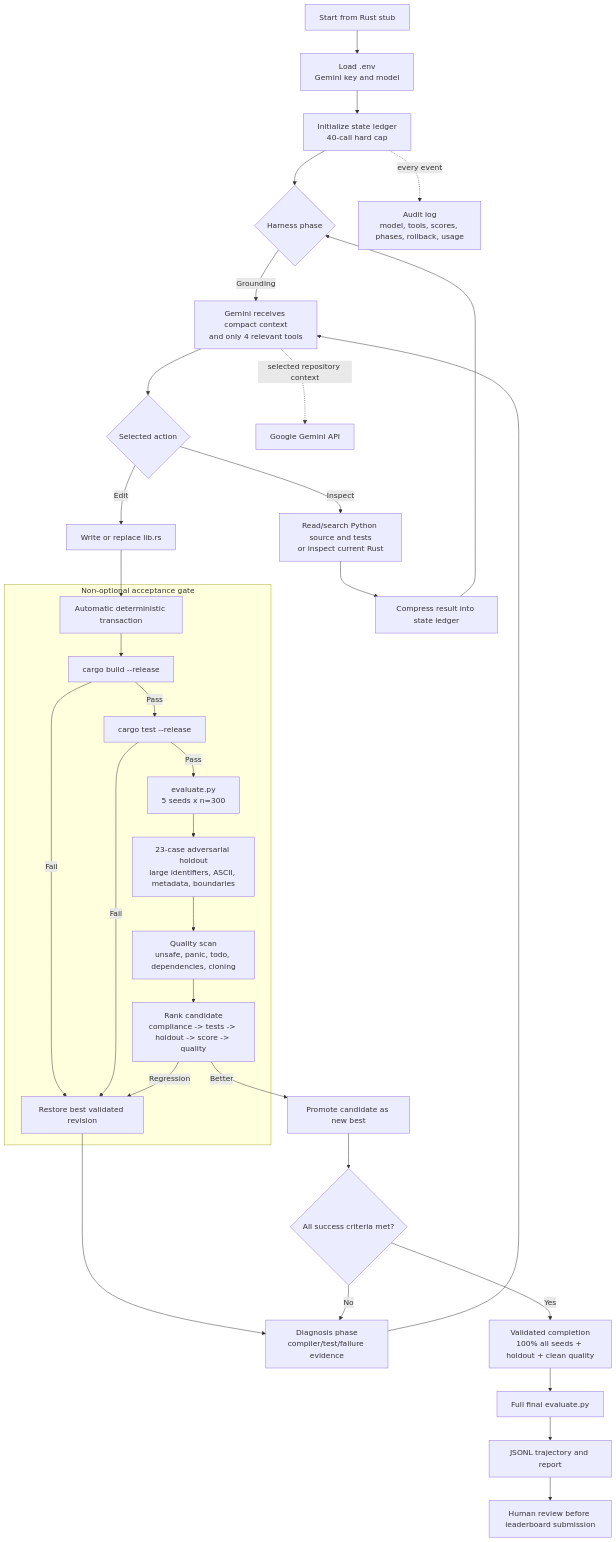
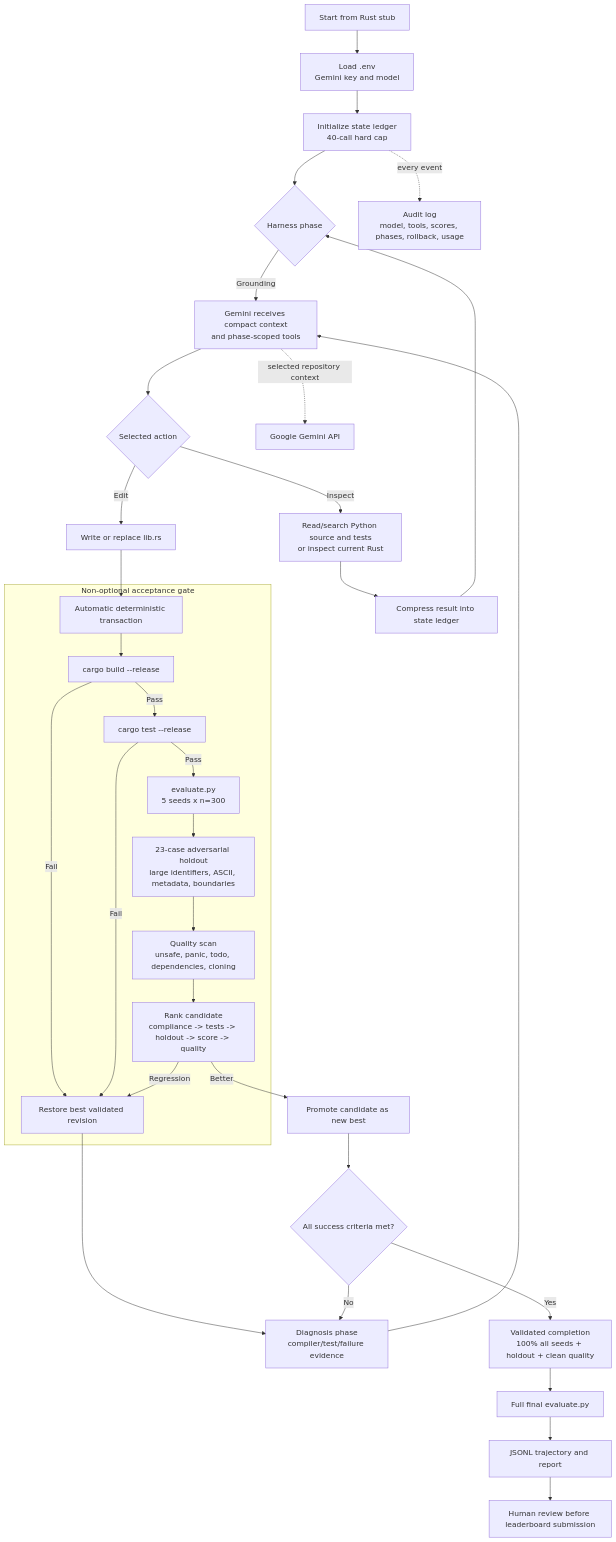
One commit to JamesTu-jtjt/agents-activity-6158 changed the diagram in ARCHITECTURE.md. Above: the diagram before and after it, drawn with Mermaid. The commit also changed other lines of this file and 5 other files, not shown here.

````diff
--- a/ARCHITECTURE.md
+++ b/ARCHITECTURE.md
@@ -16,44 +16,44 @@
 ```mermaid
 flowchart TD
     A["Start from Rust stub"] --> B["Load .env<br/>Gemini key and model"]
     B --> C["Initialize state ledger<br/>40-call hard cap"]
 
     C --> D{"Harness phase"}
 
-    D -- Grounding --> E["Gemini receives compact context<br/>and only 4 relevant tools"]
+    D -- Grounding --> E["Gemini receives compact context<br/>and phase-scoped tools"]
     E --> F{"Selected action"}
 
     F -- Inspect --> G["Read/search Python source and tests<br/>or inspect current Rust"]
     G --> H["Compress result into state ledger"]
     H --> D
 
     F -- Edit --> I["Write or replace lib.rs"]
     I --> J["Automatic deterministic transaction"]
 
     subgraph Gate["Non-optional acceptance gate"]
         J --> K["cargo build --release"]
         K -- Fail --> R["Restore best validated revision"]
         K -- Pass --> L["cargo test --release"]
         L -- Fail --> R
         L -- Pass --> M["evaluate.py<br/>5 seeds x n=300"]
         M --> N["23-case adversarial holdout<br/>large identifiers, ASCII, metadata, boundaries"]
         N --> O["Quality scan<br/>unsafe, panic, todo, dependencies, cloning"]
         O --> P["Rank candidate<br/>compliance -> tests -> holdout -> score -> quality"]
     end
 
     P -- Better --> Q["Promote candidate as new best"]
     P -- Regression --> R
     Q --> S{"All success criteria met?"}
     R --> T["Diagnosis phase<br/>compiler/test/failure evidence"]
     T --> E
 
     S -- No --> T
     S -- Yes --> U["Validated completion<br/>100% all seeds + holdout + clean quality"]
 
     U --> V["Full final evaluate.py"]
     V --> W["JSONL trajectory and report"]
     W --> X["Human review before leaderboard submission"]
 
     C -. every event .-> Y["Audit log<br/>model, tools, scores, phases, rollback, usage"]
     E -. selected repository context .-> Z["Google Gemini API"]
 ```
````
